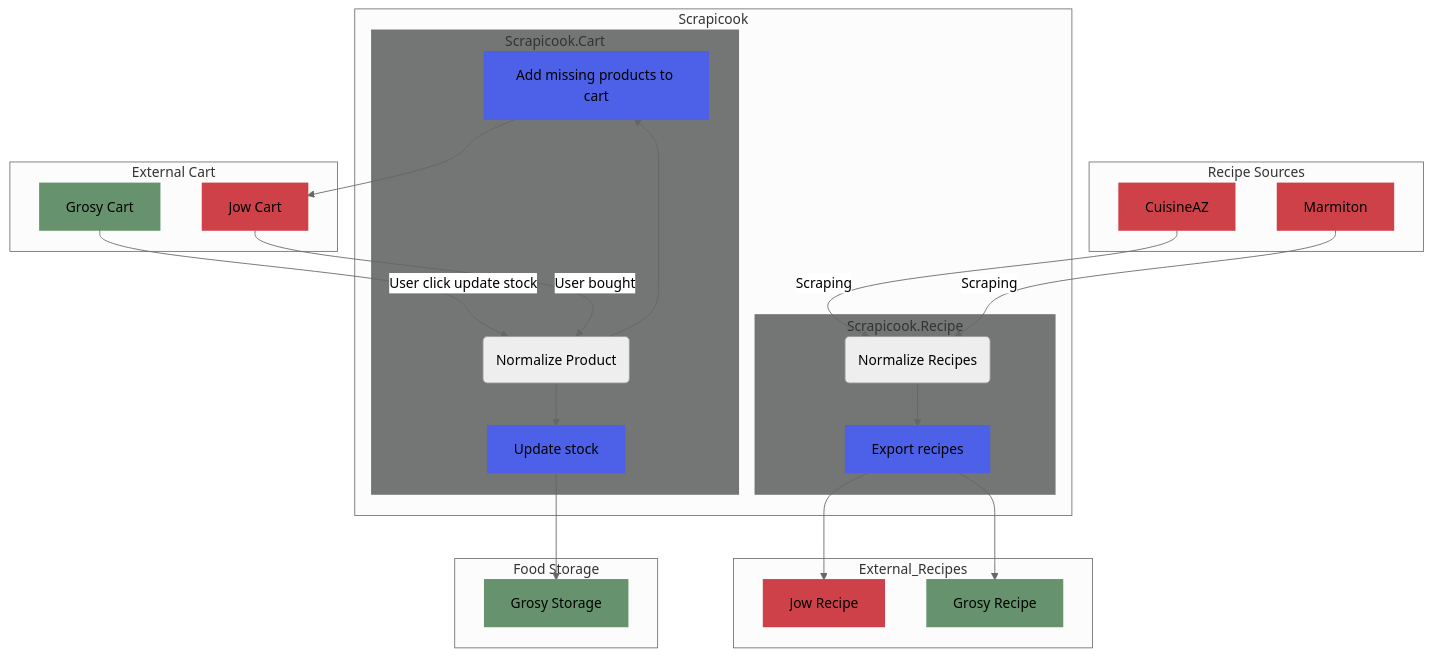
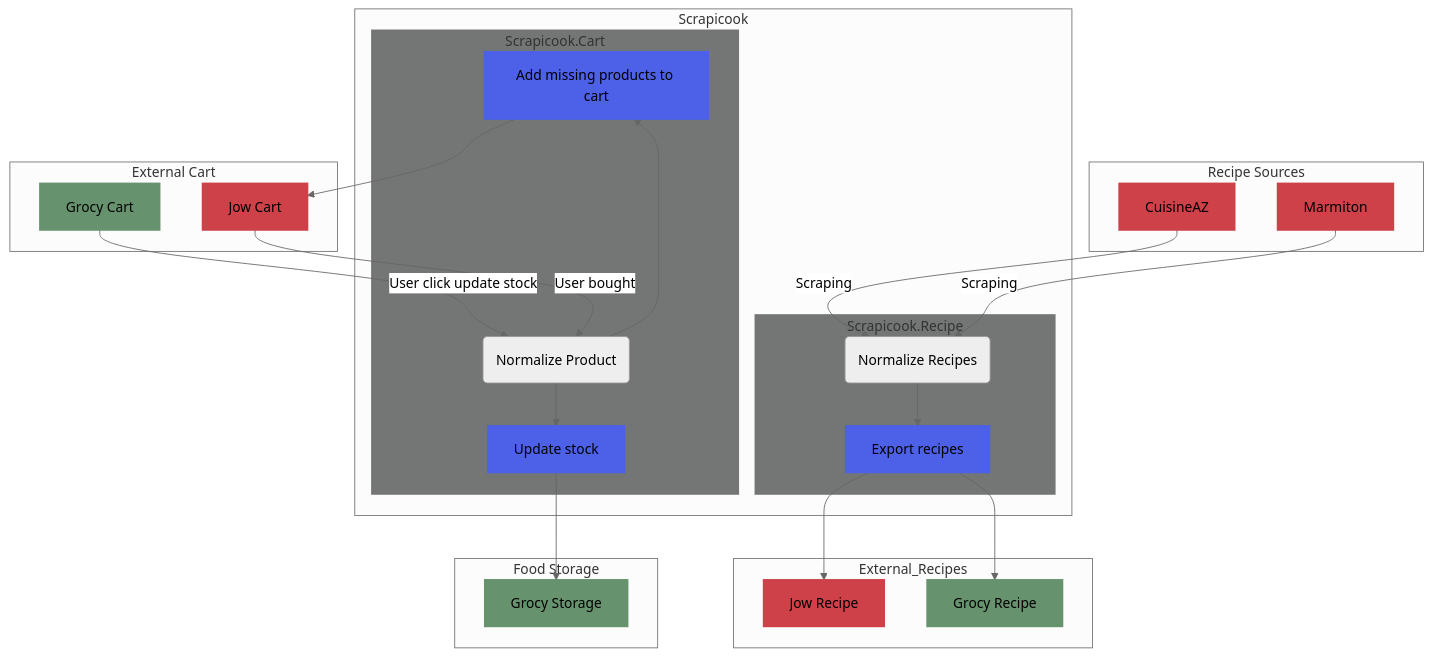
The second of 5 diagrams in readme.md (vincentbattez/Scrapicook), drawn with Mermaid (neutral theme) before and after one commit. The commit also changed other lines of this file and 27 other files, not shown here.

````diff
--- a/readme.md
+++ b/readme.md
@@ -61,65 +101,65 @@
 ```mermaid
 graph TD
     %% Styles
     style Scrapicook.Cart fill:#747575,stroke:#747575,stroke-width:2px
     style Scrapicook.Recipe fill:#747575,stroke:#747575,stroke-width:2px
 
     style ADD_CART fill:#4C60E8,stroke:#4C60E8,stroke-width:2px
     style EXPORT fill:#4C60E8,stroke:#4C60E8,stroke-width:2px
     style UPDATE fill:#4C60E8,stroke:#4C60E8,stroke-width:2px
 
     style JOW_CART fill:#CE4149,stroke:#CE4149,stroke-width:2px
     style JOW_RECIPE fill:#CE4149,stroke:#CE4149,stroke-width:2px
     style CAZ fill:#CE4149,stroke:#CE4149,stroke-width:2px
     style MAR fill:#CE4149,stroke:#CE4149,stroke-width:2px
 
     style GSY_CART fill:#66936D,stroke:#66936D,stroke-width:2px
     style GSY_STOCK fill:#66936D,stroke:#66936D,stroke-width:2px
     style GSY_RECIPE fill:#66936D,stroke:#66936D,stroke-width:2px
 
     %% Scrapicook - Normalization
     subgraph Scrapicook
         subgraph Scrapicook.Recipe
             NORMALIZE_RECIPE(Normalize Recipes)
             EXPORT[Export recipes]
         end
         subgraph Scrapicook.Cart
             NORMALIZE(Normalize Product)
             ADD_CART[Add missing products to cart]
             UPDATE[Update stock]
         end
     end
 
     %% External sources - recipes
     subgraph Recipe Sources
         CAZ[CuisineAZ]
         MAR[Marmiton]
     end
     subgraph External_Recipes
-        GSY_RECIPE[Grosy Recipe]
+        GSY_RECIPE[Grocy Recipe]
         JOW_RECIPE[Jow Recipe]
     end
 
     %% External tools - cart / stock
     subgraph External Cart
-        GSY_CART[Grosy Cart]
+        GSY_CART[Grocy Cart]
         JOW_CART[Jow Cart]
     end
     subgraph Food Storage
-        GSY_STOCK[Grosy Storage]
+        GSY_STOCK[Grocy Storage]
     end
 
     %% Dependencies & interactions
     CAZ -->|Scraping| NORMALIZE_RECIPE
     MAR -->|Scraping| NORMALIZE_RECIPE
     NORMALIZE_RECIPE --> EXPORT
     EXPORT --> GSY_RECIPE
     EXPORT --> JOW_RECIPE
 
     GSY_CART -->|User click update stock| NORMALIZE
     JOW_CART -->|User bought| NORMALIZE
     NORMALIZE --> ADD_CART
     NORMALIZE --> UPDATE
     ADD_CART --> JOW_CART
     UPDATE --> GSY_STOCK
 ```
````
